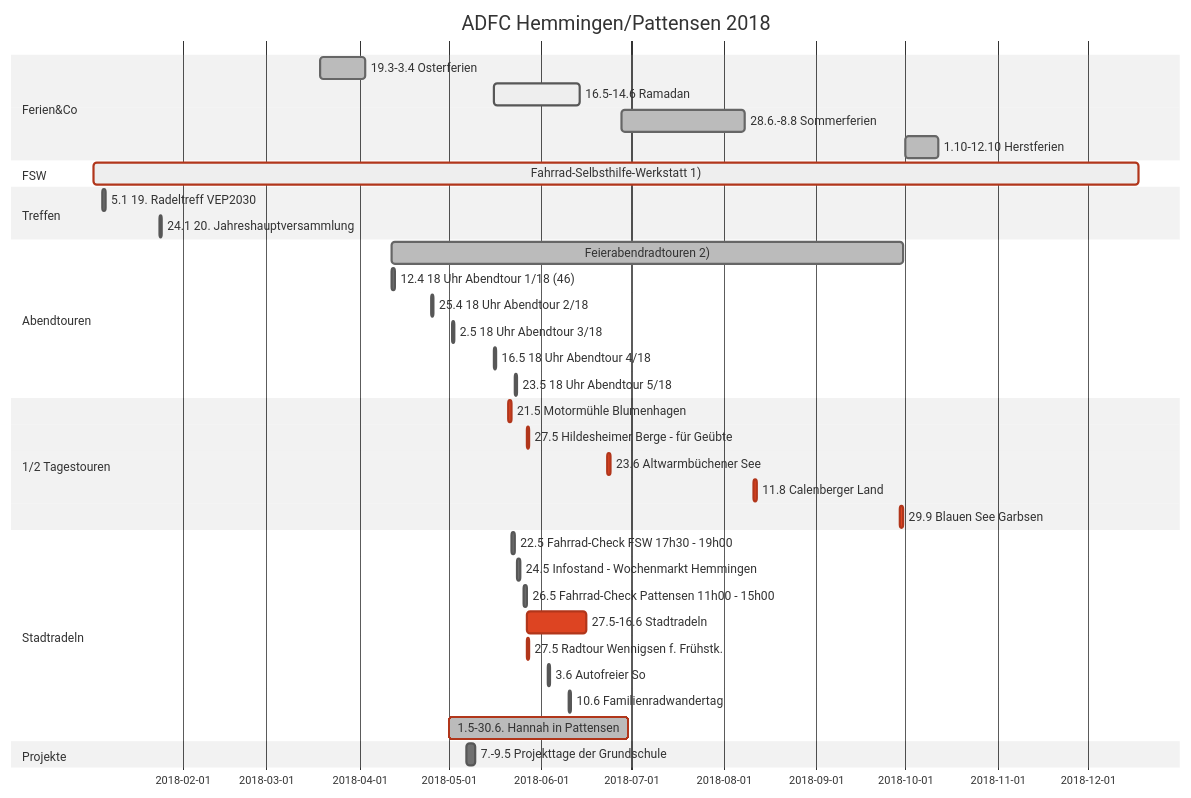
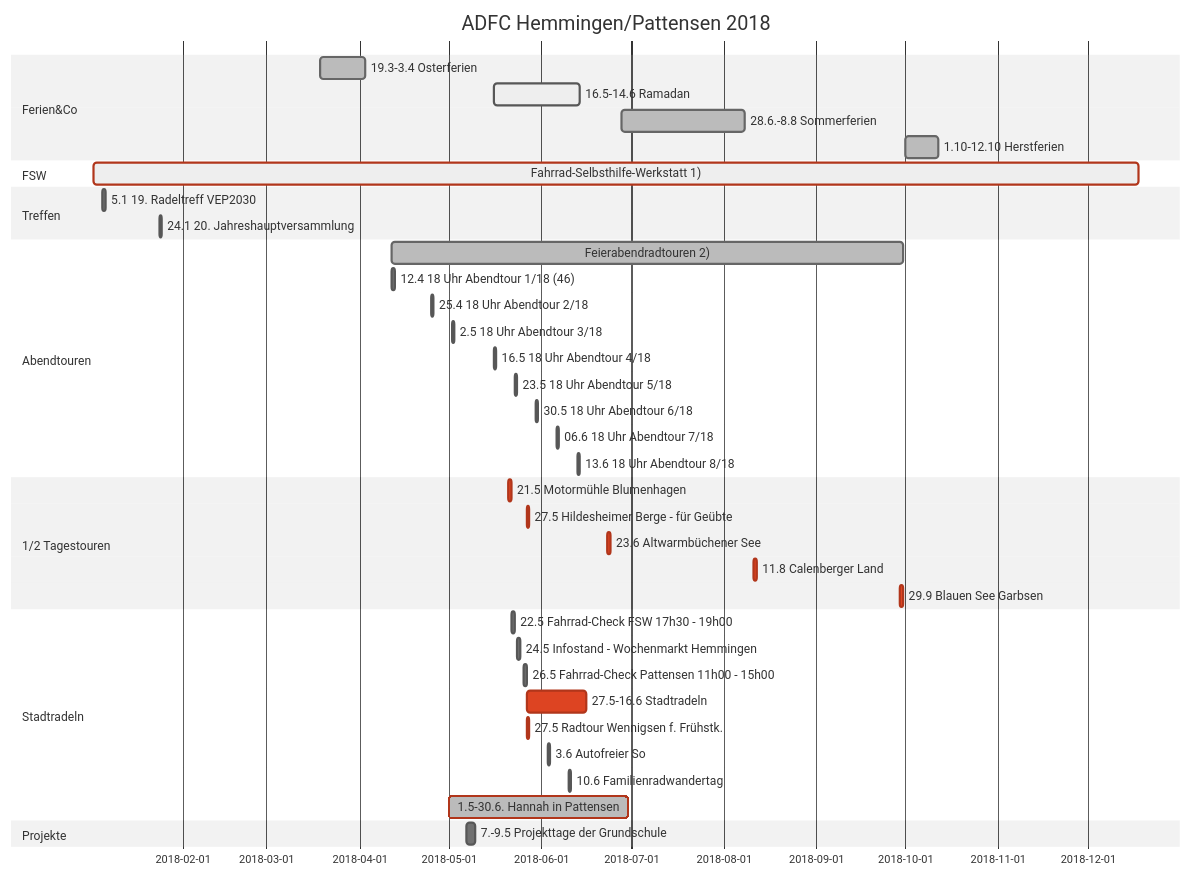
Before and after one commit to adfc-hemmingen-pattensen/adfc-hemmingen-pattensen.github.io: the diagram in index.md, drawn with Mermaid (neutral theme). The commit also changed other lines of this file and 2 other files, not shown here.

````diff
--- a/index.md
+++ b/index.md
@@ -128,47 +105,50 @@
 ```mermaid
 gantt
   title ADFC Hemmingen/Pattensen 2018
   dateFormat  DD.MM.YY
 
 section Ferien&Co
   19.3-3.4 Osterferien                        :done,        19.03.18, 03.04.18
   16.5-14.6  Ramadan                          :active,done, 16.05.18, 14.06.18
   28.6.-8.8 Sommerferien                      :done,        28.06.18, 08.08.18
   1.10-12.10 Herstferien                      :done,        01.10.18, 12.10.18
 
 section FSW
   Fahrrad-Selbsthilfe-Werkstatt 1)            :crit,active, 02.01.18, 18.12.18
 
 section Treffen
   5.1 19. Radeltreff VEP2030        : 05.01.18, 1d
   24.1 20. Jahreshauptversammlung   : 24.01.18, 1d
 
 section Abendtouren
   Feierabendradtouren 2)        :done, 12.04.18, 30.09.18
 12.4 18 Uhr Abendtour 1/18 (46) : 12.04.18,1d
 25.4 18 Uhr Abendtour 2/18    : 25.04.18,1d
 2.5 18 Uhr Abendtour 3/18     : 02.05.18,1d
 16.5 18 Uhr Abendtour 4/18     : 16.05.18,1d
 23.5 18 Uhr Abendtour 5/18      : 23.05.18,1d
+30.5 18 Uhr Abendtour 6/18      : 30.05.18,1d
+06.6 18 Uhr Abendtour 7/18      : 06.06.18,1d
+13.6 18 Uhr Abendtour 8/18      : 13.06.18,1d
 
 section 1/2 Tagestouren
   21.5 Motormühle Blumenhagen   :crit, 21.05.18,1d
   27.5 Hildesheimer Berge - für Geübte :crit, 27.05.18, 1d
   23.6 Altwarmbüchener See      :crit, 23.06.18,1d
   11.8 Calenberger Land         :crit, 11.08.18,1d
   29.9 Blauen See Garbsen       :crit, 29.09.18,1d
 
 
 section Stadtradeln
   22.5 Fahrrad-Check FSW 17h30 - 19h00                     :             22.05.18, 1d
   24.5 Infostand - Wochenmarkt Hemmingen : 24.05.18,1d
   26.5 Fahrrad-Check Pattensen 11h00 - 15h00              :             26.05.18, 1d
   27.5-16.6 Stadtradeln                       : crit,       27.05.18, 16.06.18
   27.5 Radtour Wennigsen f. Frühstk.          : crit,       27.05.18, 1d
   3.6 Autofreier So                           :             03.06.18, 1d
   10.6 Familienradwandertag                   :             10.06.18, 1d
   1.5-30.6.  Hannah in Pattensen              :crit, done,  01.05.18, 30.06.18
 
 section Projekte
   7.-9.5 Projekttage der Grundschule      :07.05.18, 3d
 ```
````
